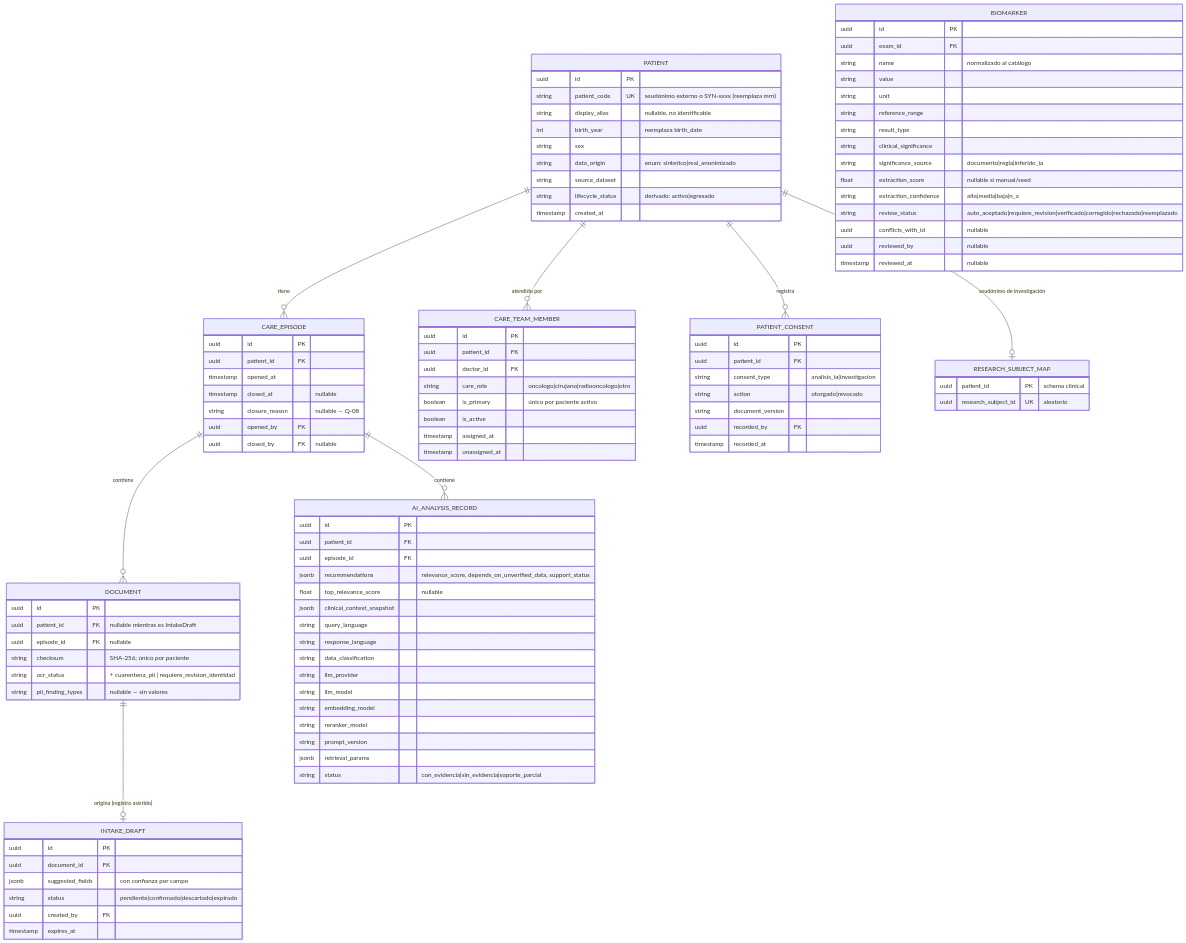
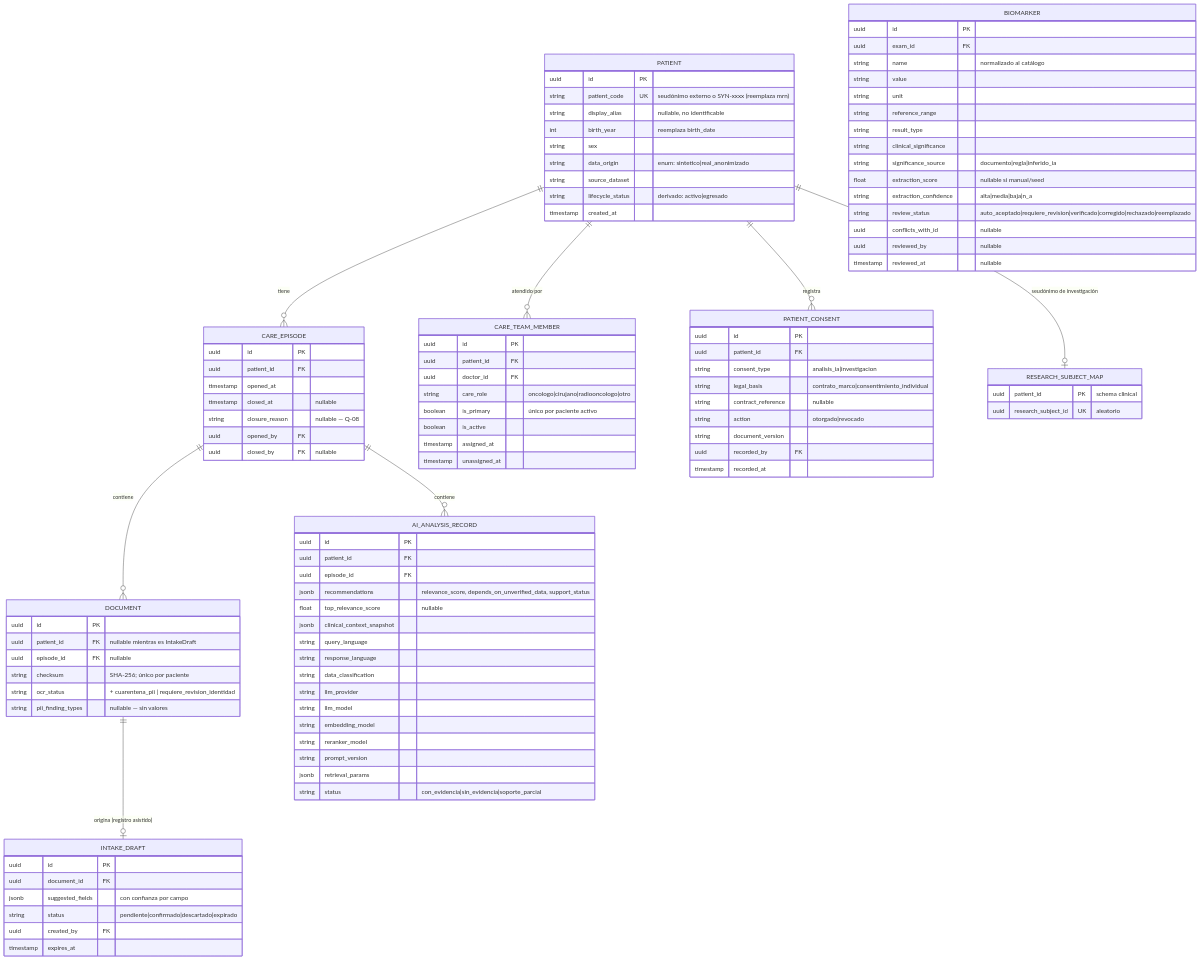
The fourth of 4 diagrams in docs/review/propuesta-de-solucion.md (hatrickmario/OncoLens-Lab), drawn with Mermaid before and after one commit. The commit also changed other lines of this file, not shown here.

First line of the commit message:
Record opt-out research consent under the medical entity framework contract

```diff
--- a/docs/review/propuesta-de-solucion.md
+++ b/docs/review/propuesta-de-solucion.md
@@ -779,6 +795,8 @@
         uuid id PK
         uuid patient_id FK
         string consent_type "analisis_ia|investigacion"
+        string legal_basis "contrato_marco|consentimiento_individual"
+        string contract_reference "nullable"
         string action "otorgado|revocado"
         string document_version
         uuid recorded_by FK
```
